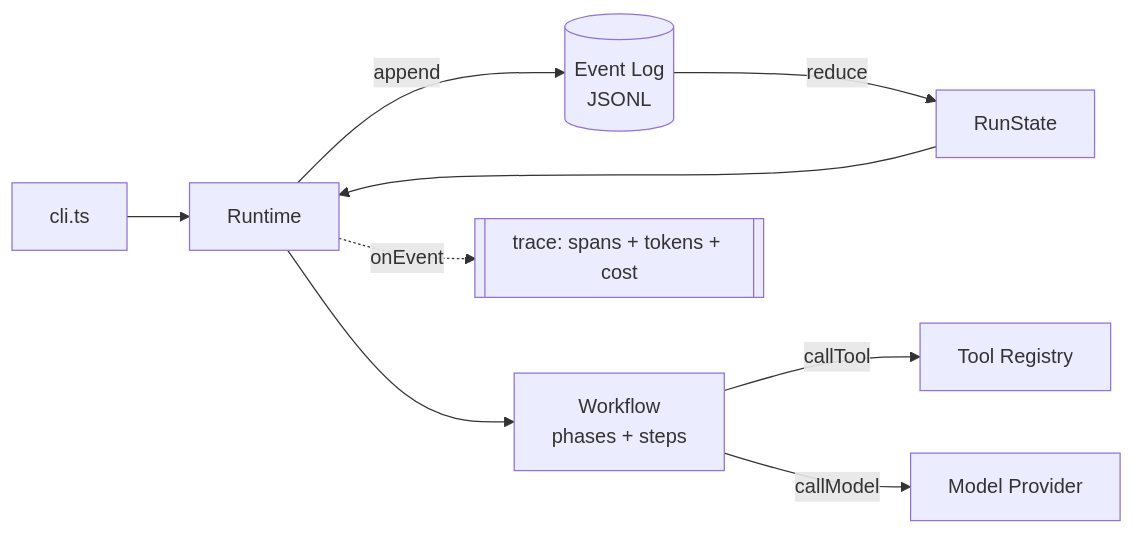
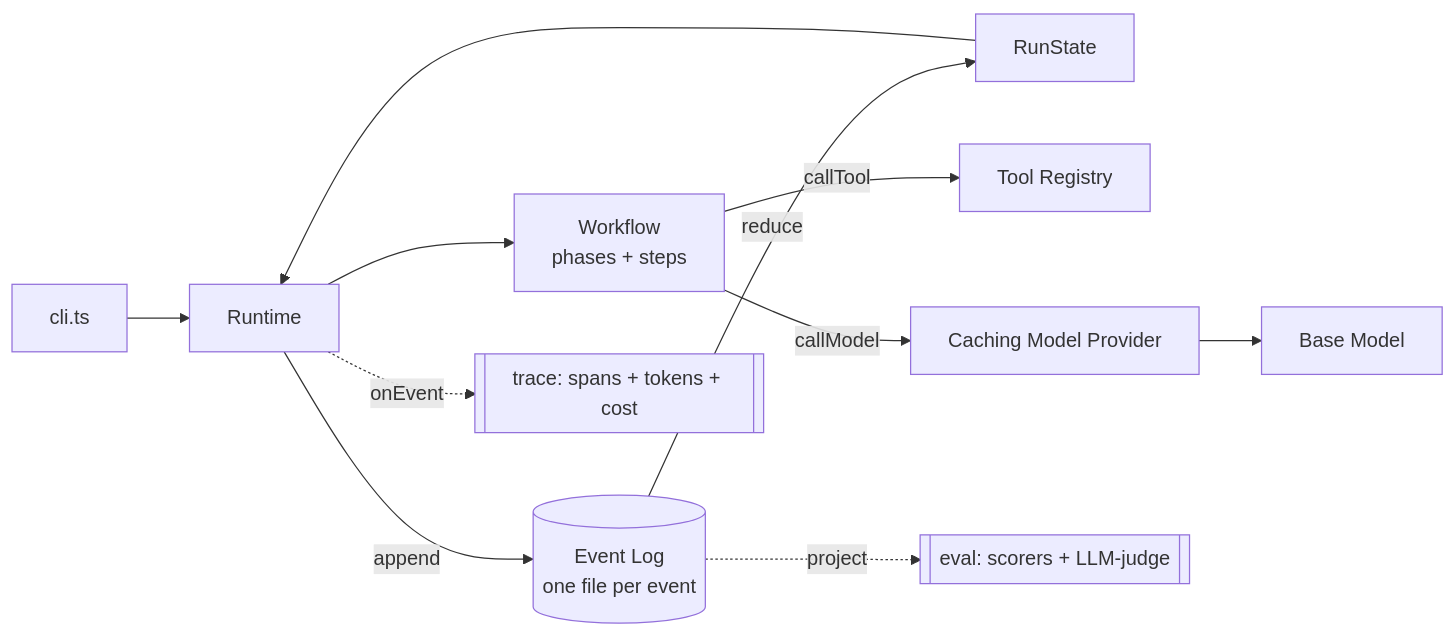
The diagram in README.md (yanzhe-luomoyuyi/agent-runtime), drawn with Mermaid before and after one commit. The commit also changed other lines of this file and 3 other files, not shown here.

Commit message:
D6: polish — architecture write-up (caching/eval/two-cache/projection notes + updated diagram), refreshed TESTING.md (20 tests + trace/cache/eval coverage & CLI checks), full CLI header, demo.ps1 end-to-end walkthrough

````diff
--- a/README.md
+++ b/README.md
@@ -33,11 +33,13 @@
 ```mermaid
 flowchart LR
     CLI[cli.ts] --> RT[Runtime]
-    RT -->|append| LOG[(Event Log<br/>JSONL)]
+    RT -->|append| LOG[(Event Log<br/>one file per event)]
     LOG -->|reduce| ST[RunState]
     ST --> RT
     RT --> WF[Workflow<br/>phases + steps]
     WF -->|callTool| TR[Tool Registry]
-    WF -->|callModel| MP[Model Provider]
+    WF -->|callModel| MP[Caching Model Provider]
+    MP --> BASE[Base Model]
     RT -.onEvent.-> OBS[[trace: spans + tokens + cost]]
+    LOG -.project.-> EVAL[[eval: scorers + LLM-judge]]
 ```
````
